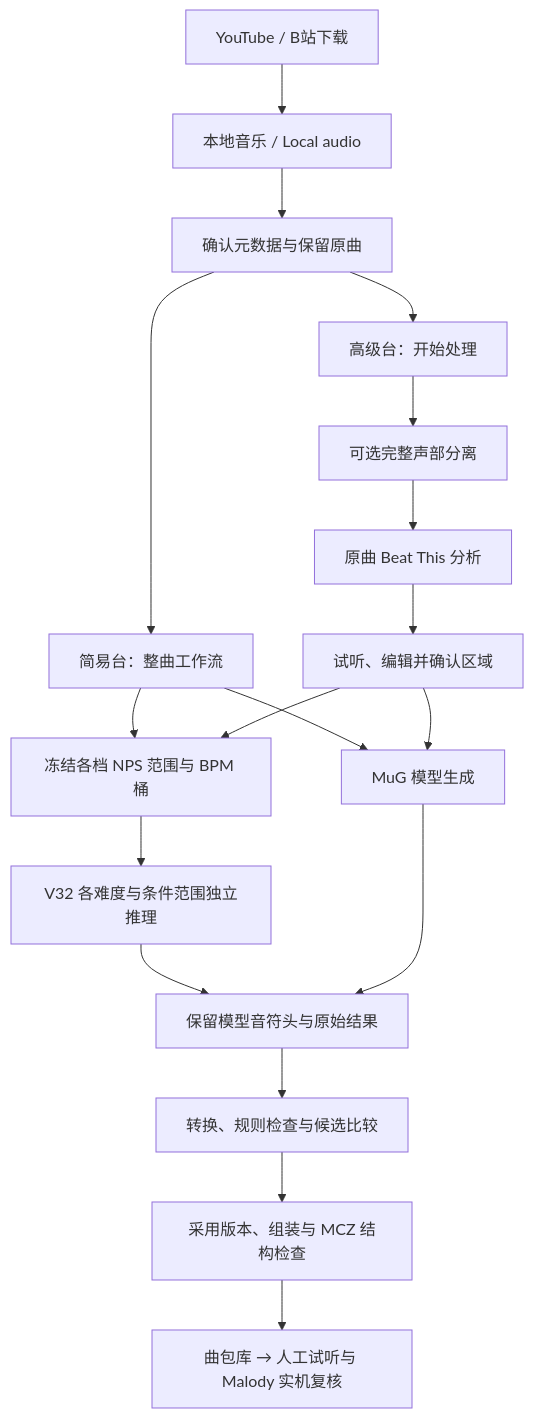
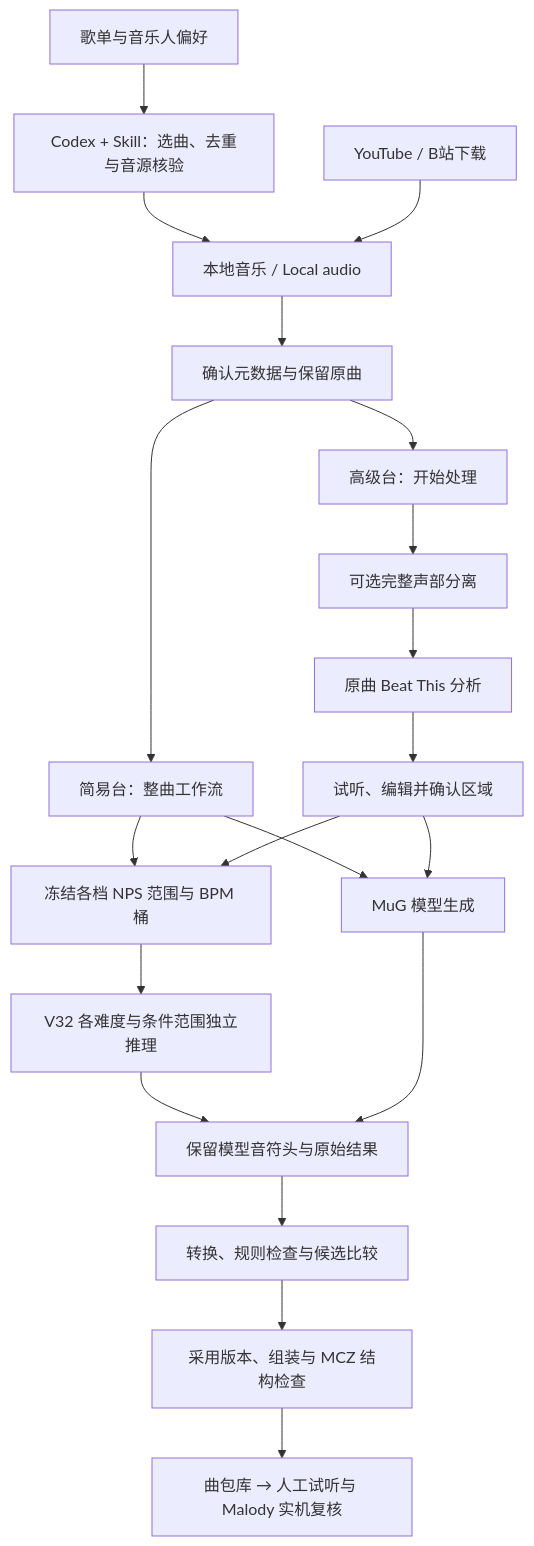
Before and after one commit to DokiDokiYuyuko/Malody-Chart-Forge: the diagram in README.md, drawn with Mermaid. The commit also changed other lines of this file and 5 other files, not shown here.

````diff
--- a/README.md
+++ b/README.md
@@ -48,20 +68,22 @@
 ```mermaid
 flowchart TD
+    PL[歌单与音乐人偏好] --> CX[Codex + Skill：选曲、去重与音源核验]
+    CX --> A
     A[本地音乐 / Local audio] --> C[确认元数据与保留原曲]
     B[YouTube / B站下载] --> A
     C --> S[简易台：整曲工作流]
     C --> P[高级台：开始处理]
     P --> D[可选完整声部分离]
     D --> E[原曲 Beat This 分析]
     E --> F[试听、编辑并确认区域]
     S --> G[冻结各档 NPS 范围与 BPM 桶]
     F --> G
     G --> H[V32 各难度与条件范围独立推理]
     S --> M[MuG 模型生成]
     F --> M
     H --> I[保留模型音符头与原始结果]
     M --> I
     I --> J[转换、规则检查与候选比较]
     J --> K[采用版本、组装与 MCZ 结构检查]
     K --> L[曲包库 → 人工试听与 Malody 实机复核]
 ```
````
